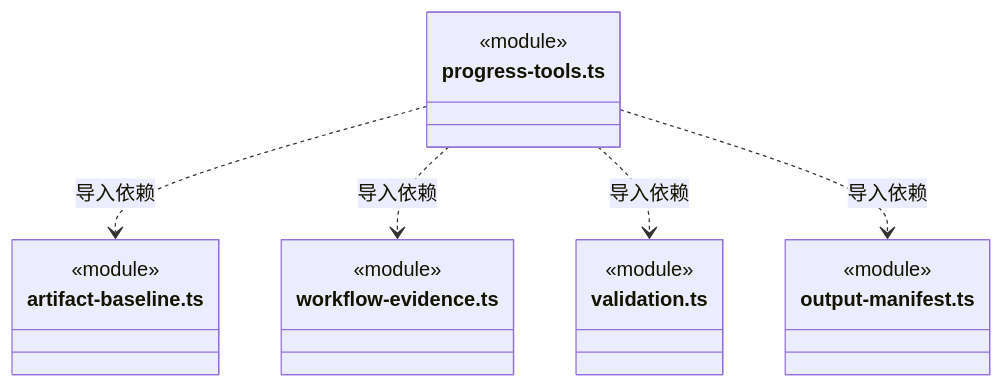
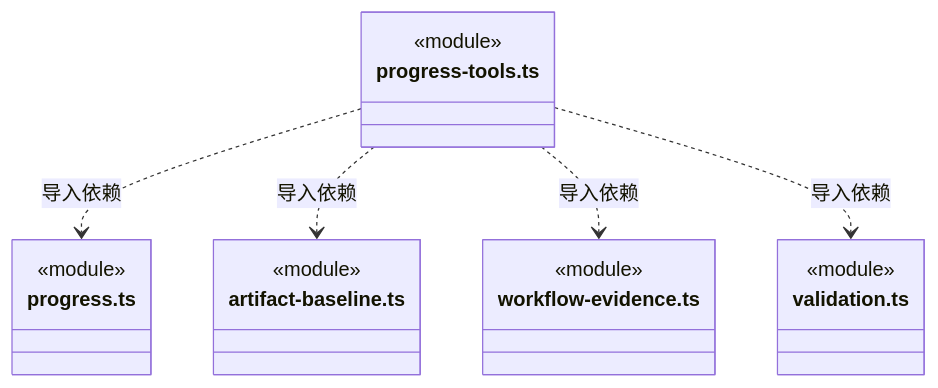
One commit to nan023062/cbim changed diagram 39 of 46 in src/backend/core/evidence/ARCHITECTURE.md. Above: the diagram before and after it, drawn with Mermaid. The commit also changed other lines of this file and 130 other files, not shown here.

````diff
--- a/src/backend/core/evidence/ARCHITECTURE.md
+++ b/src/backend/core/evidence/ARCHITECTURE.md
@@ -728,22 +836,22 @@
 ```mermaid
 classDiagram
 class N_src_backend_core_evidence_progress_tools_ts["progress-tools.ts"] {
+  <<module>>
+}
+class N_src_backend_core_evidence_progress_ts["progress.ts"] {
   <<module>>
 }
 class N_src_backend_core_evidence_artifact_baseline_ts["artifact-baseline.ts"] {
   <<module>>
 }
 class N_src_backend_core_evidence_workflow_evidence_ts["workflow-evidence.ts"] {
   <<module>>
 }
 class N_src_backend_core_evidence_validation_ts["validation.ts"] {
   <<module>>
 }
-class N_src_backend_core_evidence_output_manifest_ts["output-manifest.ts"] {
-  <<module>>
-}
+N_src_backend_core_evidence_progress_tools_ts ..> N_src_backend_core_evidence_progress_ts : 导入依赖
 N_src_backend_core_evidence_progress_tools_ts ..> N_src_backend_core_evidence_artifact_baseline_ts : 导入依赖
 N_src_backend_core_evidence_progress_tools_ts ..> N_src_backend_core_evidence_workflow_evidence_ts : 导入依赖
 N_src_backend_core_evidence_progress_tools_ts ..> N_src_backend_core_evidence_validation_ts : 导入依赖
-N_src_backend_core_evidence_progress_tools_ts ..> N_src_backend_core_evidence_output_manifest_ts : 导入依赖
 ```
````
